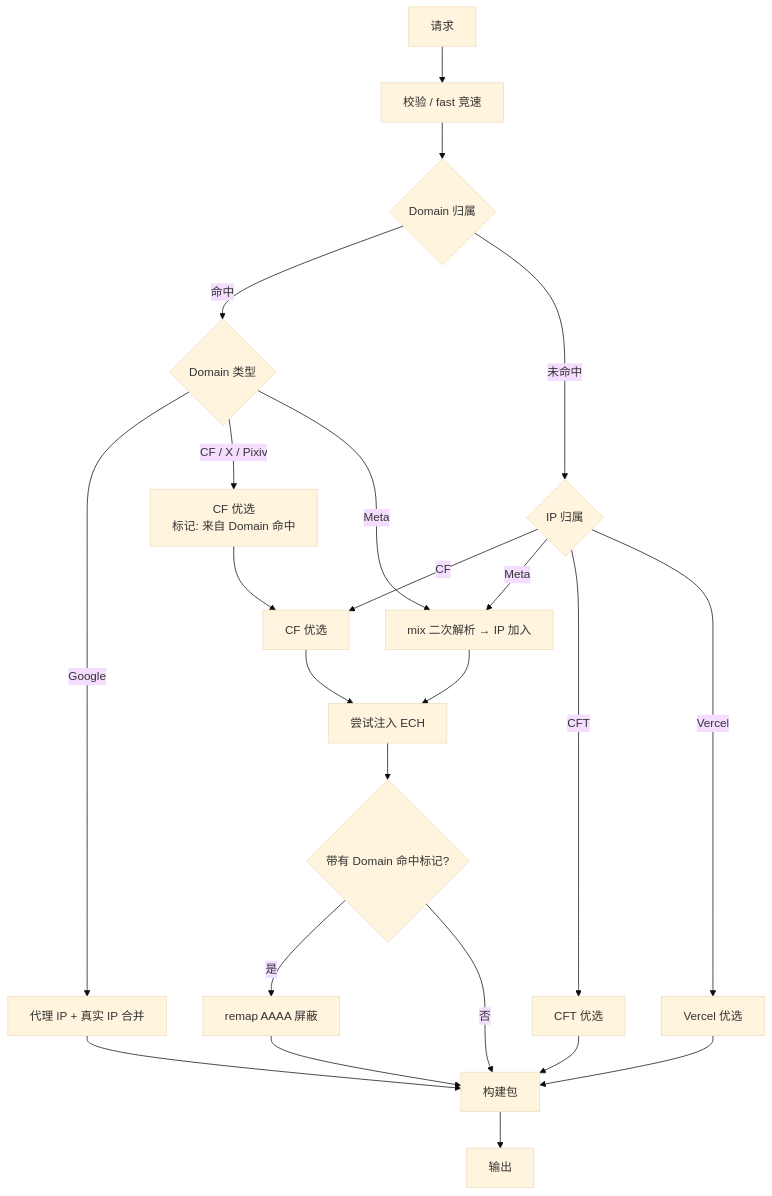
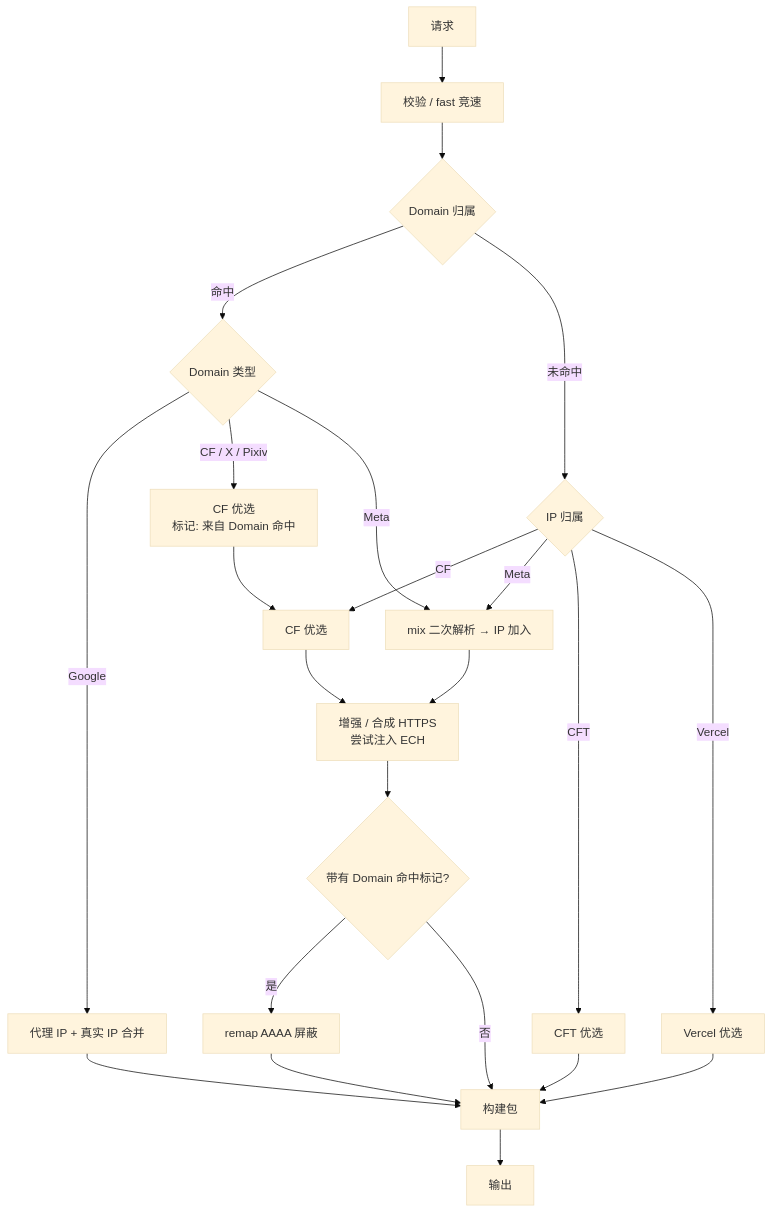
Before and after one commit to aloneowo0/SuperDoH: the diagram in docs/REQUIREMENTS.md, drawn with Mermaid (base theme). The commit also changed other lines of this file and 8 other files, not shown here.

Commit message:
feat: synthesize HTTPS records for ECH

````diff
--- a/docs/REQUIREMENTS.md
+++ b/docs/REQUIREMENTS.md
@@ -43,32 +43,32 @@
 ```mermaid
 flowchart TD
     A[请求] --> B[校验 / fast 竞速]
     B --> C{Domain 归属}
 
     C -->|命中| D{Domain 类型}
     D -->|Google| E[代理 IP + 真实 IP 合并]
     D -->|CF / X / Pixiv| F[CF 优选<br/>标记: 来自 Domain 命中]
     D -->|Meta| I[mix 二次解析 → IP 加入]
 
     C -->|未命中| G{IP 归属}
 
     G -->|CF| H[CF 优选]
     G -->|Meta| I
     G -->|CFT| J[CFT 优选]
     G -->|Vercel| K[Vercel 优选]
 
     F --> H
-    H --> L[尝试注入 ECH]
+    H --> L[增强 / 合成 HTTPS<br/>尝试注入 ECH]
     I --> L
 
     L --> N{带有 Domain 命中标记?}
     N -->|是| O[remap AAAA 屏蔽]
     N -->|否| Q[构建包]
     O --> Q
 
     E --> Q
     J --> Q
     K --> Q
 
     Q --> R[输出]
 ```
````
